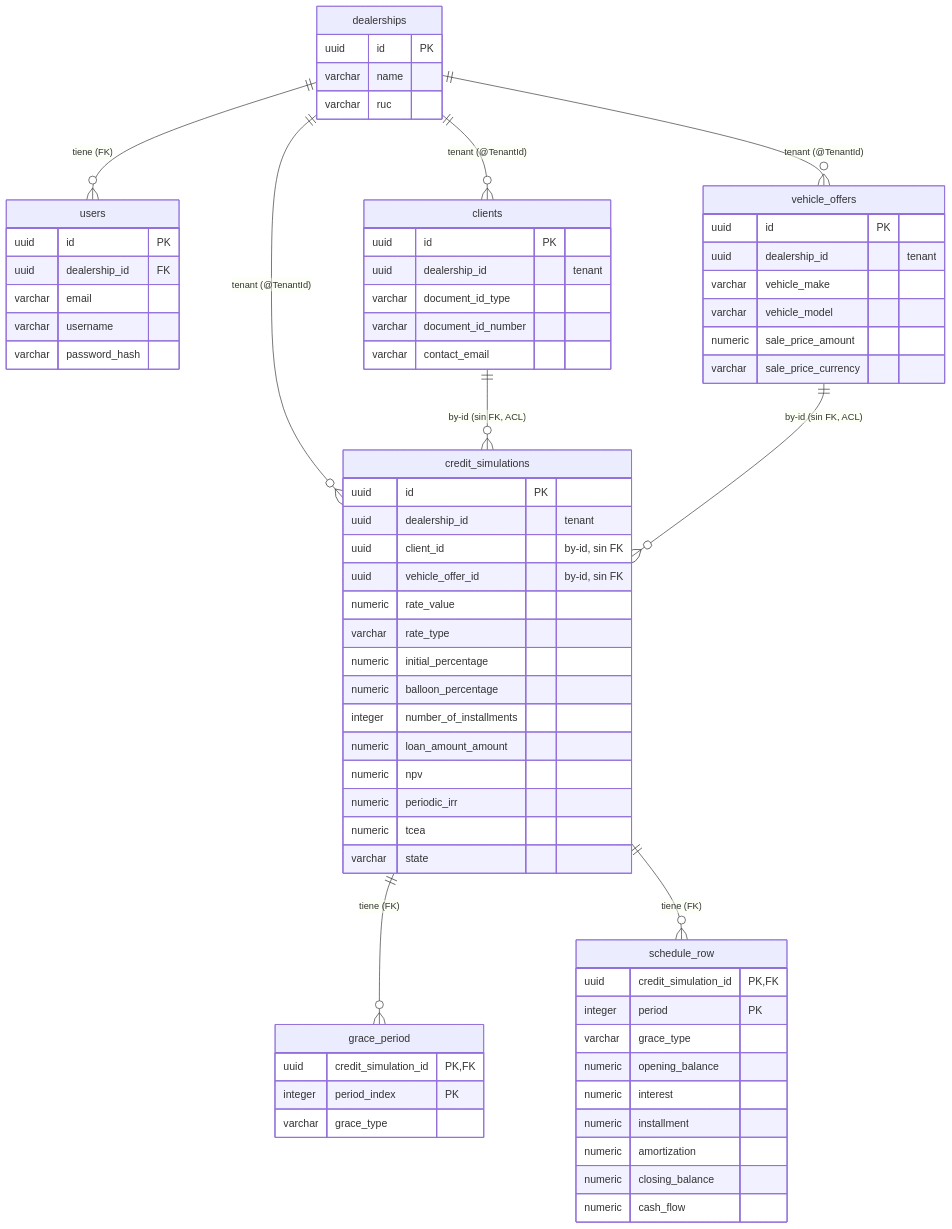
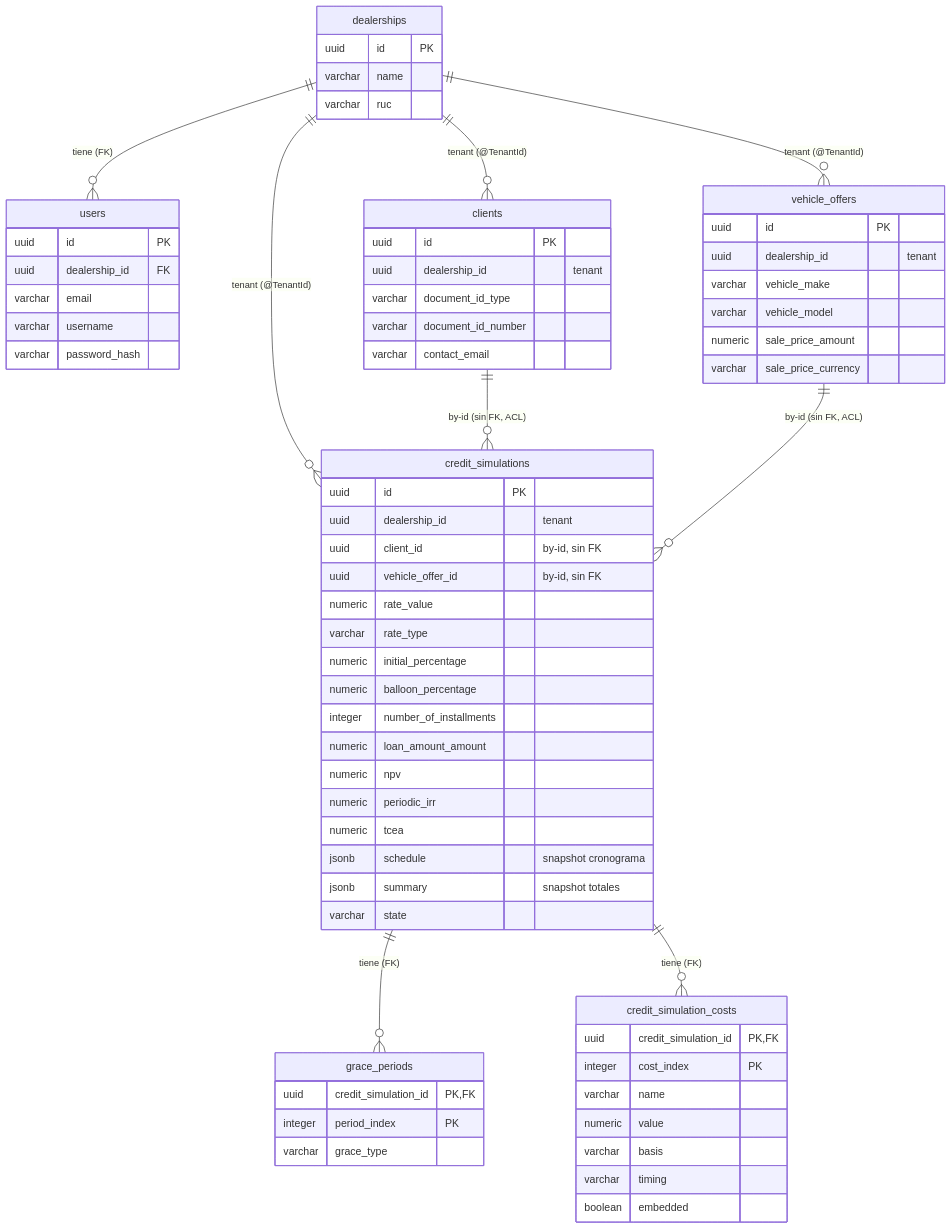
The diagram in docs/architecture/database-model.md (autofinancelabs/autofinance-api), drawn with Mermaid before and after one commit. The commit also changed other lines of this file and 18 other files, not shown here.

Commit message:
feat(credit-simulation): persist the aggregate (JPA jsonb snapshot + Flyway + multi-tenant resolver + repository)

````diff
--- a/docs/architecture/database-model.md
+++ b/docs/architecture/database-model.md
@@ -232,71 +217,71 @@
 ```mermaid
 erDiagram
     dealerships {
         uuid id PK
         varchar name
         varchar ruc
     }
     users {
         uuid id PK
         uuid dealership_id FK
         varchar email
         varchar username
         varchar password_hash
     }
     clients {
         uuid id PK
         uuid dealership_id "tenant"
         varchar document_id_type
         varchar document_id_number
         varchar contact_email
     }
     vehicle_offers {
         uuid id PK
         uuid dealership_id "tenant"
         varchar vehicle_make
         varchar vehicle_model
         numeric sale_price_amount
         varchar sale_price_currency
     }
     credit_simulations {
         uuid id PK
         uuid dealership_id "tenant"
         uuid client_id "by-id, sin FK"
         uuid vehicle_offer_id "by-id, sin FK"
         numeric rate_value
         varchar rate_type
         numeric initial_percentage
         numeric balloon_percentage
         integer number_of_installments
         numeric loan_amount_amount
         numeric npv
         numeric periodic_irr
         numeric tcea
+        jsonb schedule "snapshot cronograma"
+        jsonb summary "snapshot totales"
         varchar state
     }
-    grace_period {
+    grace_periods {
         uuid credit_simulation_id PK,FK
         integer period_index PK
         varchar grace_type
     }
-    schedule_row {
+    credit_simulation_costs {
         uuid credit_simulation_id PK,FK
-        integer period PK
-        varchar grace_type
-        numeric opening_balance
-        numeric interest
-        numeric installment
-        numeric amortization
-        numeric closing_balance
-        numeric cash_flow
+        integer cost_index PK
+        varchar name
+        numeric value
+        varchar basis
+        varchar timing
+        boolean embedded
     }
 
     dealerships ||--o{ users : "tiene (FK)"
     dealerships ||--o{ clients : "tenant (@TenantId)"
     dealerships ||--o{ vehicle_offers : "tenant (@TenantId)"
     dealerships ||--o{ credit_simulations : "tenant (@TenantId)"
-    credit_simulations ||--o{ grace_period : "tiene (FK)"
-    credit_simulations ||--o{ schedule_row : "tiene (FK)"
+    credit_simulations ||--o{ grace_periods : "tiene (FK)"
+    credit_simulations ||--o{ credit_simulation_costs : "tiene (FK)"
     clients ||--o{ credit_simulations : "by-id (sin FK, ACL)"
     vehicle_offers ||--o{ credit_simulations : "by-id (sin FK, ACL)"
 ```
````
